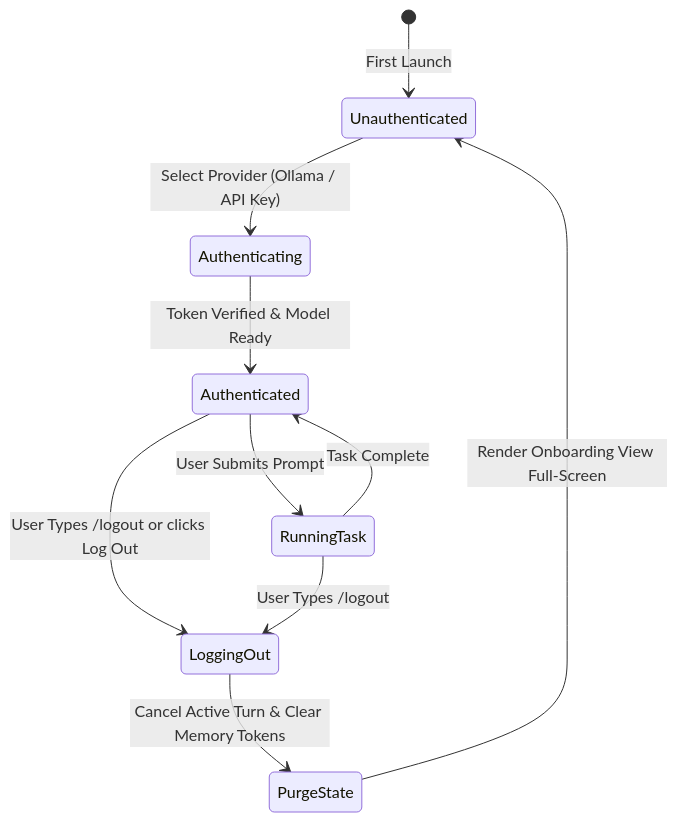
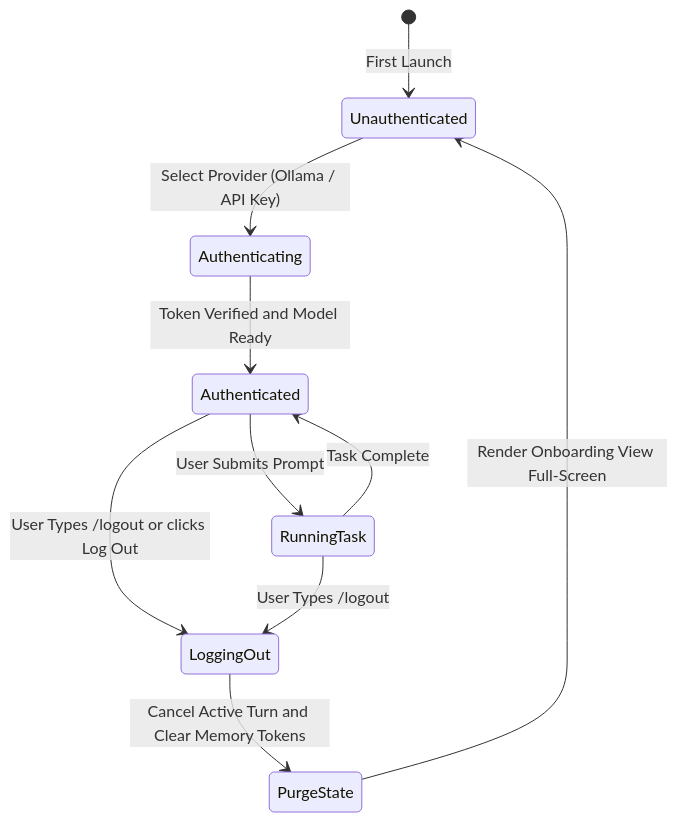
One commit to KerberoSec/KerberoSec-CLI changed diagram 21 of 24 in README.md. Above: the diagram before and after it, drawn with Mermaid. The commit also changed other lines of this file and 5 other files, not shown here.

````diff
--- a/README.md
+++ b/README.md
@@ -579,15 +686,15 @@
 ```mermaid
 stateDiagram-v2
     [*] --> Unauthenticated: First Launch
     Unauthenticated --> Authenticating: Select Provider (Ollama / API Key)
-    Authenticating --> Authenticated: Token Verified & Model Ready
+    Authenticating --> Authenticated: Token Verified and Model Ready
     
     Authenticated --> RunningTask: User Submits Prompt
     RunningTask --> Authenticated: Task Complete
     
     Authenticated --> LoggingOut: User Types /logout or clicks Log Out
     RunningTask --> LoggingOut: User Types /logout
     
-    LoggingOut --> PurgeState: Cancel Active Turn & Clear Memory Tokens
+    LoggingOut --> PurgeState: Cancel Active Turn and Clear Memory Tokens
     PurgeState --> Unauthenticated: Render Onboarding View Full-Screen
 ```
````
